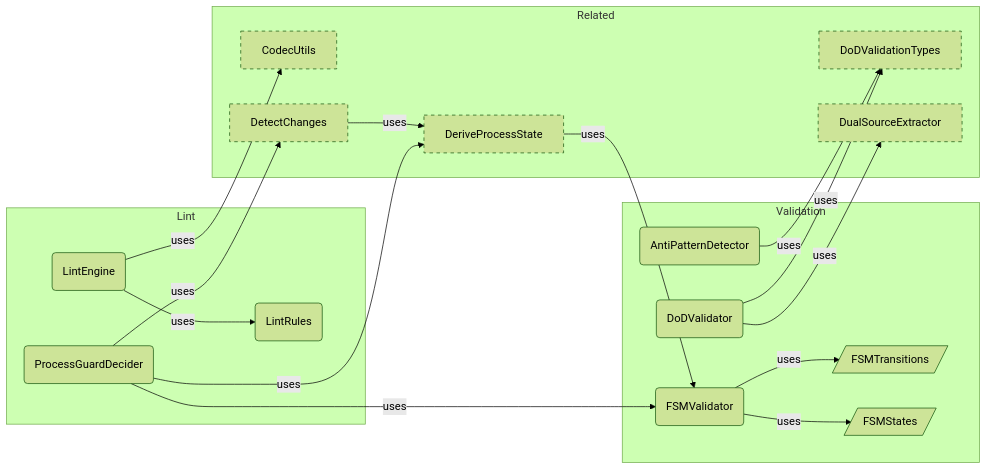
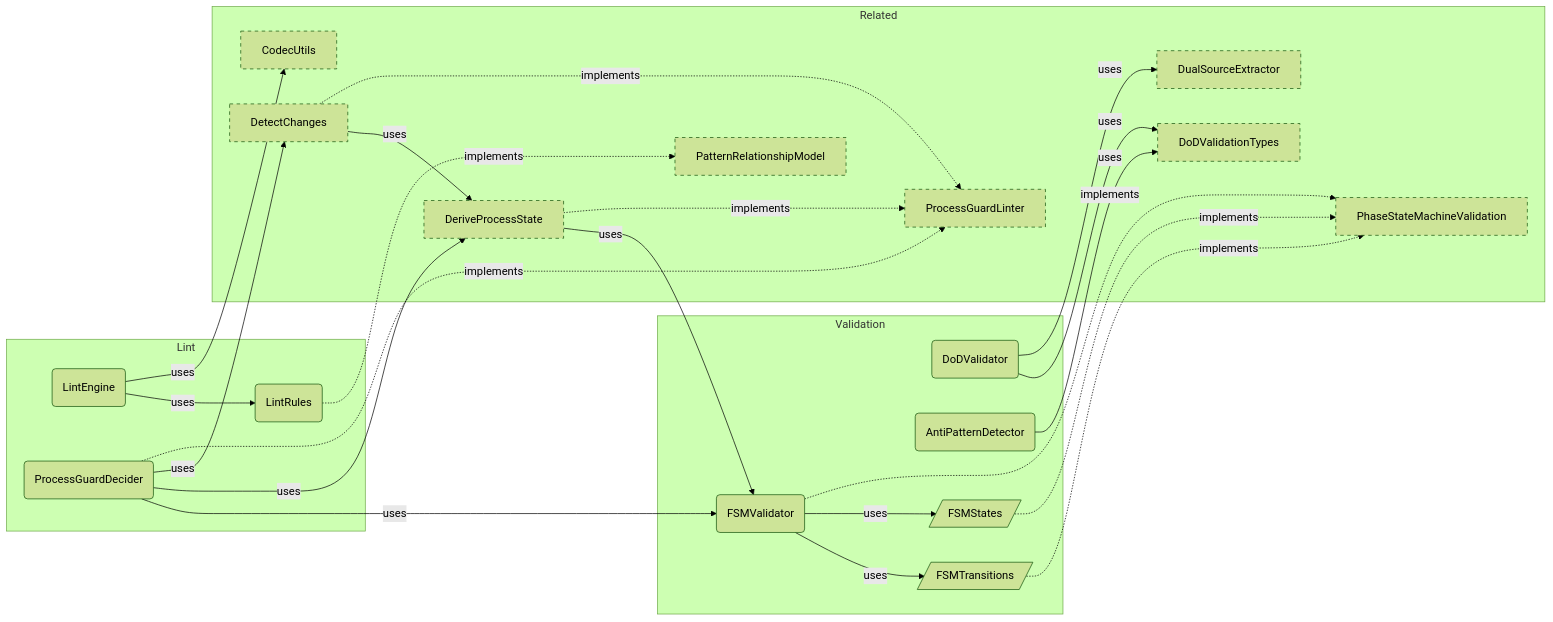
Before and after one commit to libar-dev/architect: the second of 2 diagrams in docs-live/product-areas/VALIDATION.md, drawn with Mermaid (forest theme). The commit also changed other lines of this file and 33 other files, not shown here.

````diff
--- a/docs-live/product-areas/VALIDATION.md
+++ b/docs-live/product-areas/VALIDATION.md
@@ -63,35 +73,45 @@
 ```mermaid
 graph LR
     subgraph lint["Lint"]
         LintRules("LintRules")
         LintEngine("LintEngine")
         ProcessGuardDecider("ProcessGuardDecider")
     end
     subgraph validation["Validation"]
         DoDValidator("DoDValidator")
         AntiPatternDetector("AntiPatternDetector")
         FSMValidator("FSMValidator")
         FSMTransitions[/"FSMTransitions"/]
         FSMStates[/"FSMStates"/]
     end
     subgraph related["Related"]
         CodecUtils["CodecUtils"]:::neighbor
         DoDValidationTypes["DoDValidationTypes"]:::neighbor
         DualSourceExtractor["DualSourceExtractor"]:::neighbor
         DetectChanges["DetectChanges"]:::neighbor
         DeriveProcessState["DeriveProcessState"]:::neighbor
+        ProcessGuardLinter["ProcessGuardLinter"]:::neighbor
+        PhaseStateMachineValidation["PhaseStateMachineValidation"]:::neighbor
+        PatternRelationshipModel["PatternRelationshipModel"]:::neighbor
     end
     DoDValidator -->|uses| DoDValidationTypes
     DoDValidator -->|uses| DualSourceExtractor
     AntiPatternDetector -->|uses| DoDValidationTypes
+    LintRules ..->|implements| PatternRelationshipModel
     LintEngine -->|uses| LintRules
     LintEngine -->|uses| CodecUtils
     FSMValidator -->|uses| FSMTransitions
     FSMValidator -->|uses| FSMStates
+    FSMValidator ..->|implements| PhaseStateMachineValidation
+    FSMTransitions ..->|implements| PhaseStateMachineValidation
+    FSMStates ..->|implements| PhaseStateMachineValidation
     ProcessGuardDecider -->|uses| FSMValidator
     ProcessGuardDecider -->|uses| DeriveProcessState
     ProcessGuardDecider -->|uses| DetectChanges
+    ProcessGuardDecider ..->|implements| ProcessGuardLinter
     DetectChanges -->|uses| DeriveProcessState
+    DetectChanges ..->|implements| ProcessGuardLinter
     DeriveProcessState -->|uses| FSMValidator
+    DeriveProcessState ..->|implements| ProcessGuardLinter
     classDef neighbor stroke-dasharray: 5 5
 ```
````
